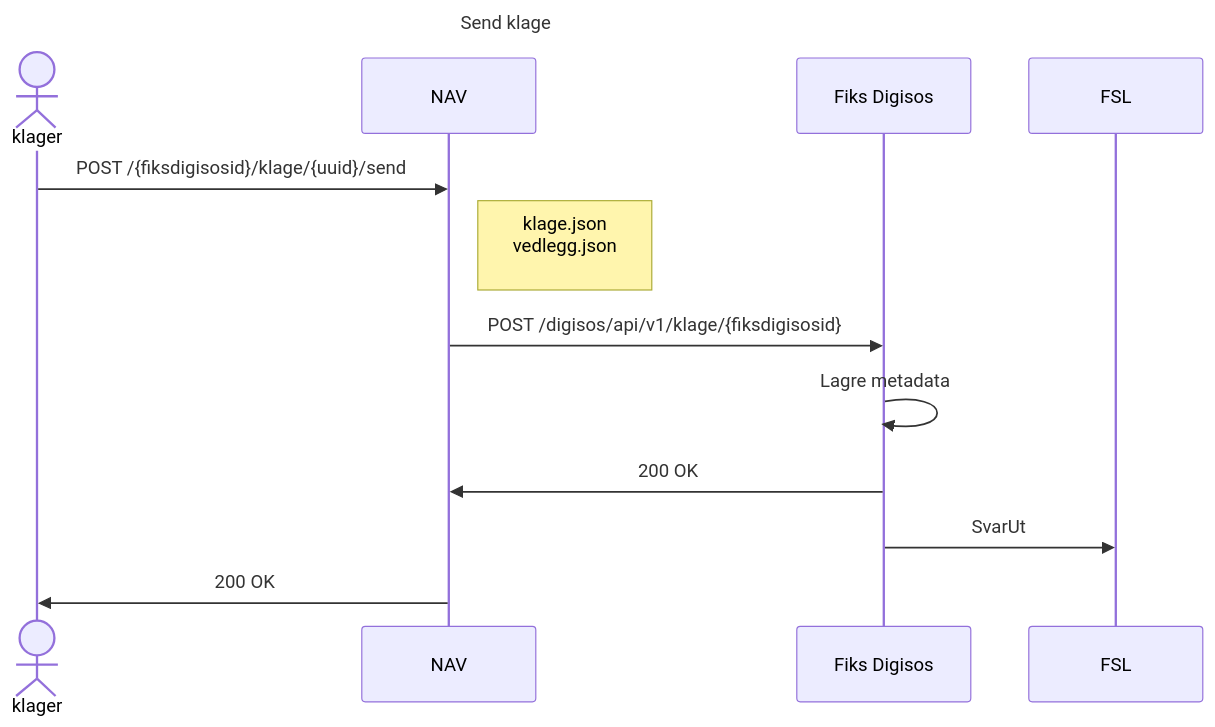
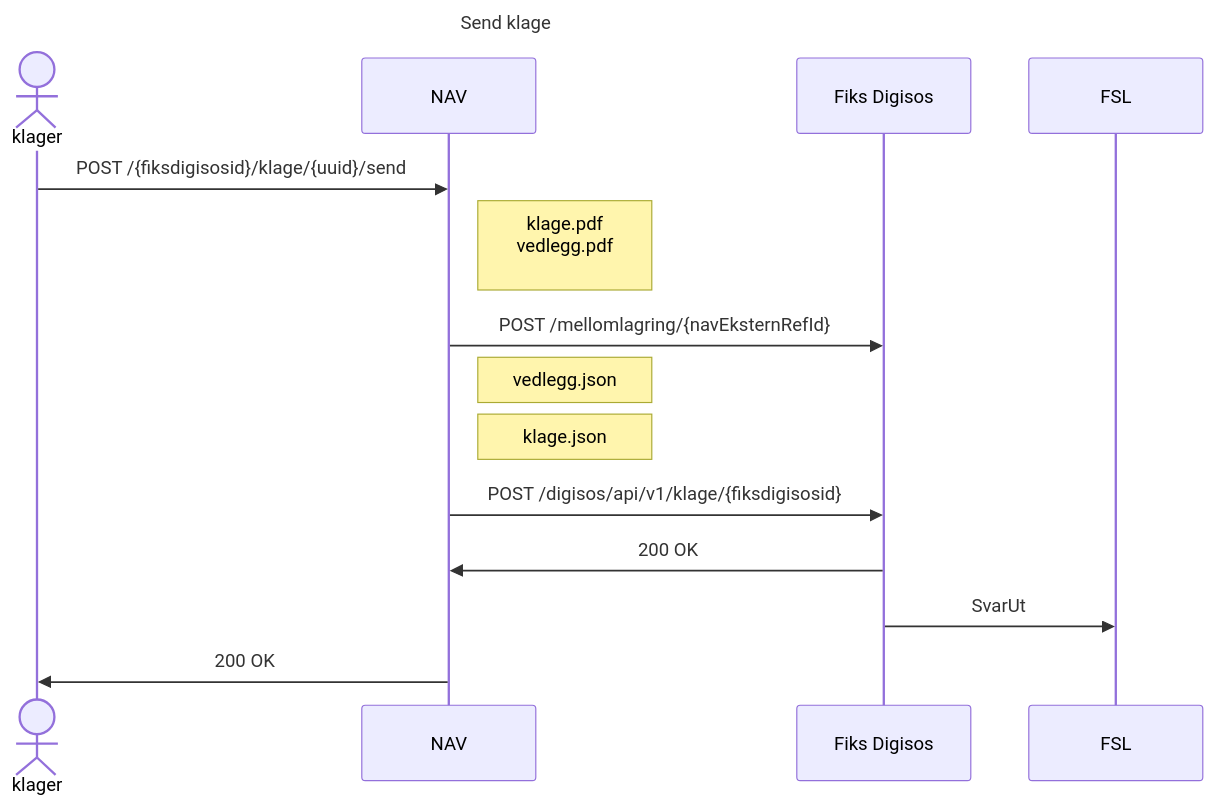
One commit to navikt/soknadsosialhjelp-filformat changed the first of 7 diagrams in klage-filformat.md. Above: the diagram before and after it, drawn with Mermaid.

Commit message:
Update klage-filformat.md (#211)
Forslag til endring av send klage der mellomlagring er påkrevd

````diff
--- a/klage-filformat.md
+++ b/klage-filformat.md
@@ -3,17 +3,19 @@
 ```mermaid
 sequenceDiagram
     title Send klage
     actor klager
     participant NAV
     participant Fiks Digisos
     participant FSL
     
     klager->>NAV: POST /{fiksdigisosid}/klage/{uuid}/send
-    Note right of NAV: klage.json<br/>vedlegg.json<br/>
+    Note right of NAV: klage.pdf<br/>vedlegg.pdf<br/>
+    NAV->>Fiks Digisos: POST /mellomlagring/{navEksternRefId}
+    Note right of NAV: vedlegg.json
+    Note right of NAV: klage.json
     NAV->>Fiks Digisos: POST /digisos/api/v1/klage/{fiksdigisosid}
-    Fiks Digisos->>Fiks Digisos: Lagre metadata
     Fiks Digisos->>NAV: 200 OK
     Fiks Digisos->>FSL: SvarUt
     NAV->>klager: 200 OK
 
 ```
````
